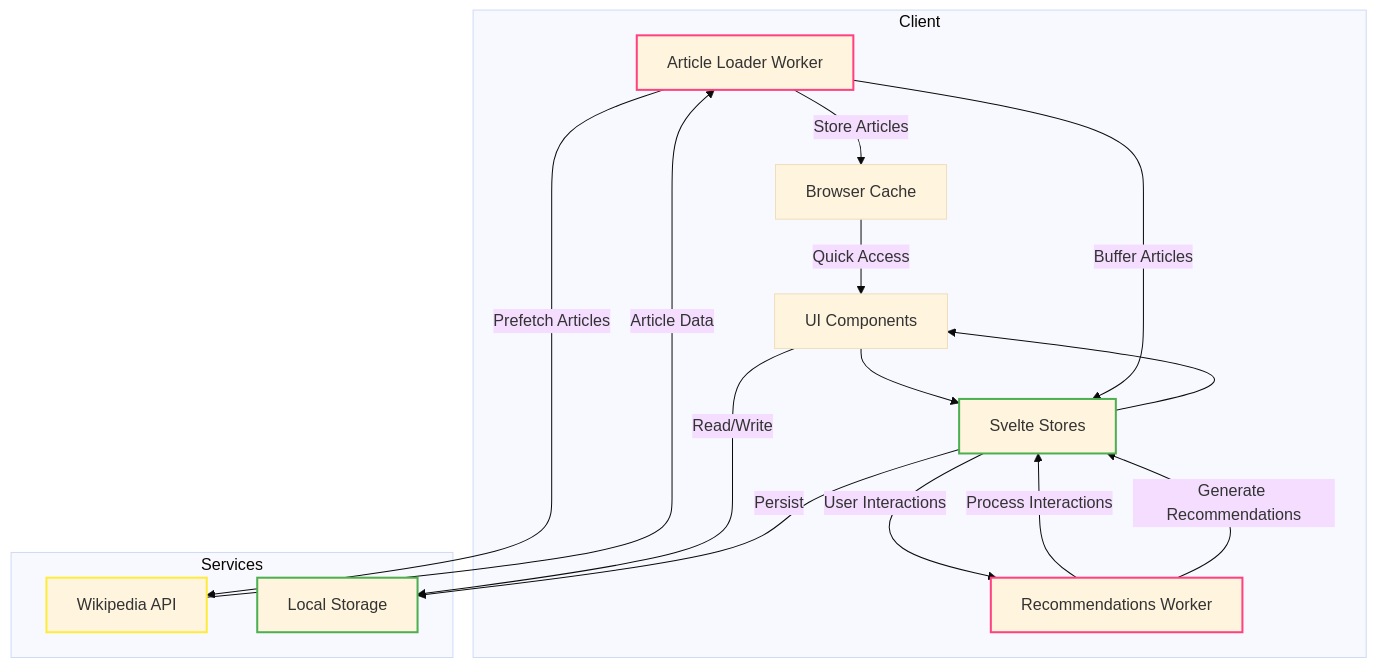
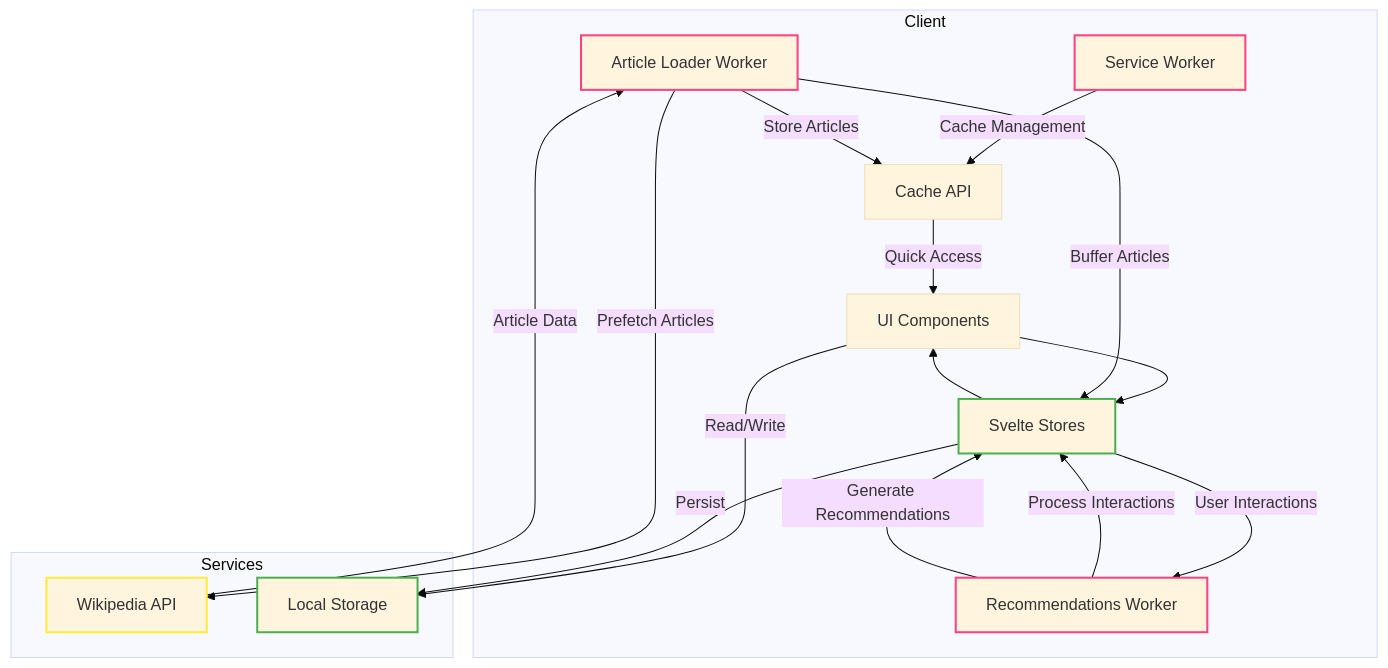
The diagram in README.md (Zxce3/wakawiki), drawn with Mermaid (base theme) before and after one commit. The commit also changed other lines of this file, not shown here.

````diff
--- a/README.md
+++ b/README.md
@@ -78,42 +91,44 @@
 ```mermaid
 flowchart TB
     subgraph Client
         UI[UI Components]
         Store[Svelte Stores]
-        Cache[Browser Cache]
+        SW[Service Worker]
+        Cache[Cache API]
         WW1[Article Loader Worker]
         WW2[Recommendations Worker]
     end
 
     subgraph Services
         API[Wikipedia API]
         Storage[Local Storage]
     end
 
     UI --> Store
     Store --> UI
+    
+    SW --> |Cache Management| Cache
     
     WW1 --> |Prefetch Articles| API
     WW1 --> |Buffer Articles| Store
     
     WW2 --> |Process Interactions| Store
     WW2 --> |Generate Recommendations| Store
     
     UI --> |Read/Write| Storage
     Store --> |Persist| Storage
     
     API --> |Article Data| WW1
     Store --> |User Interactions| WW2
     
     Cache --> |Quick Access| UI
     WW1 --> |Store Articles| Cache
 
     classDef worker stroke:#FF4081,stroke-width:2px
     classDef store stroke:#4CAF50,stroke-width:2px
     classDef service stroke:#FFEB3B,stroke-width:2px
     
-    class WW1,WW2 worker
+    class WW1,WW2,SW worker
     class Store,Storage store
     class API service
-
 ```
````
